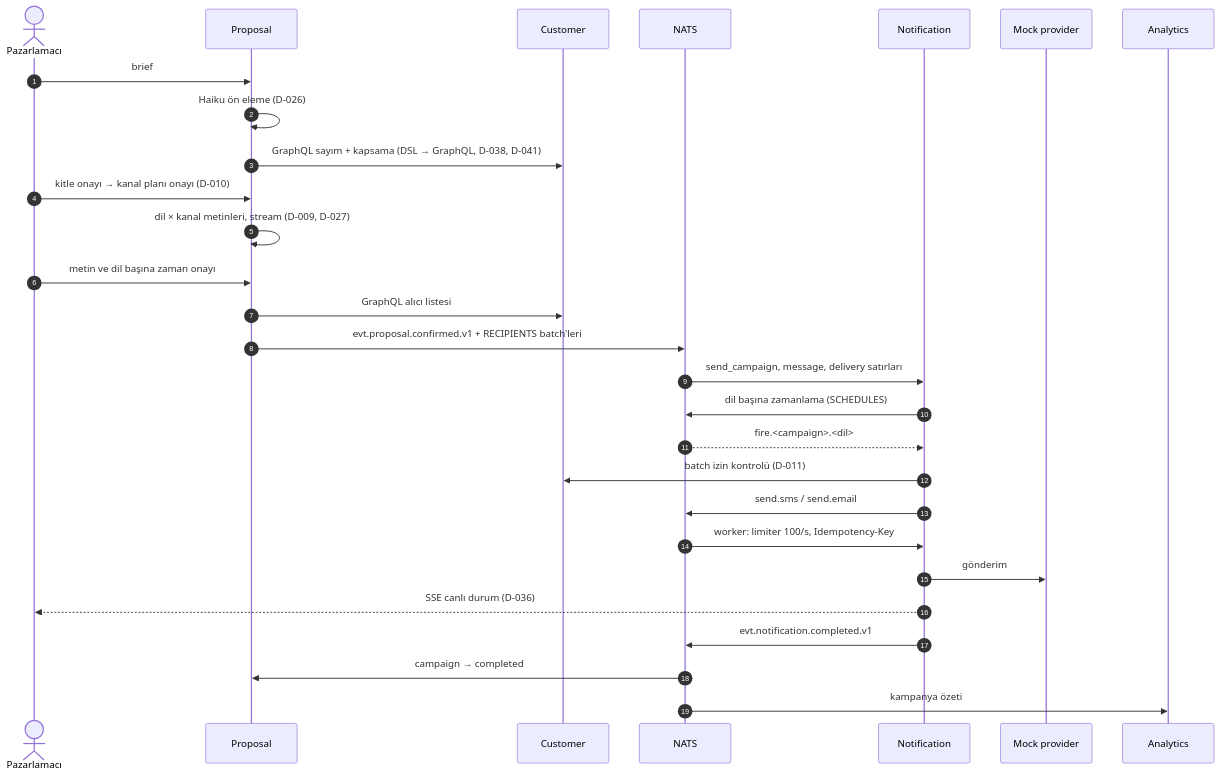
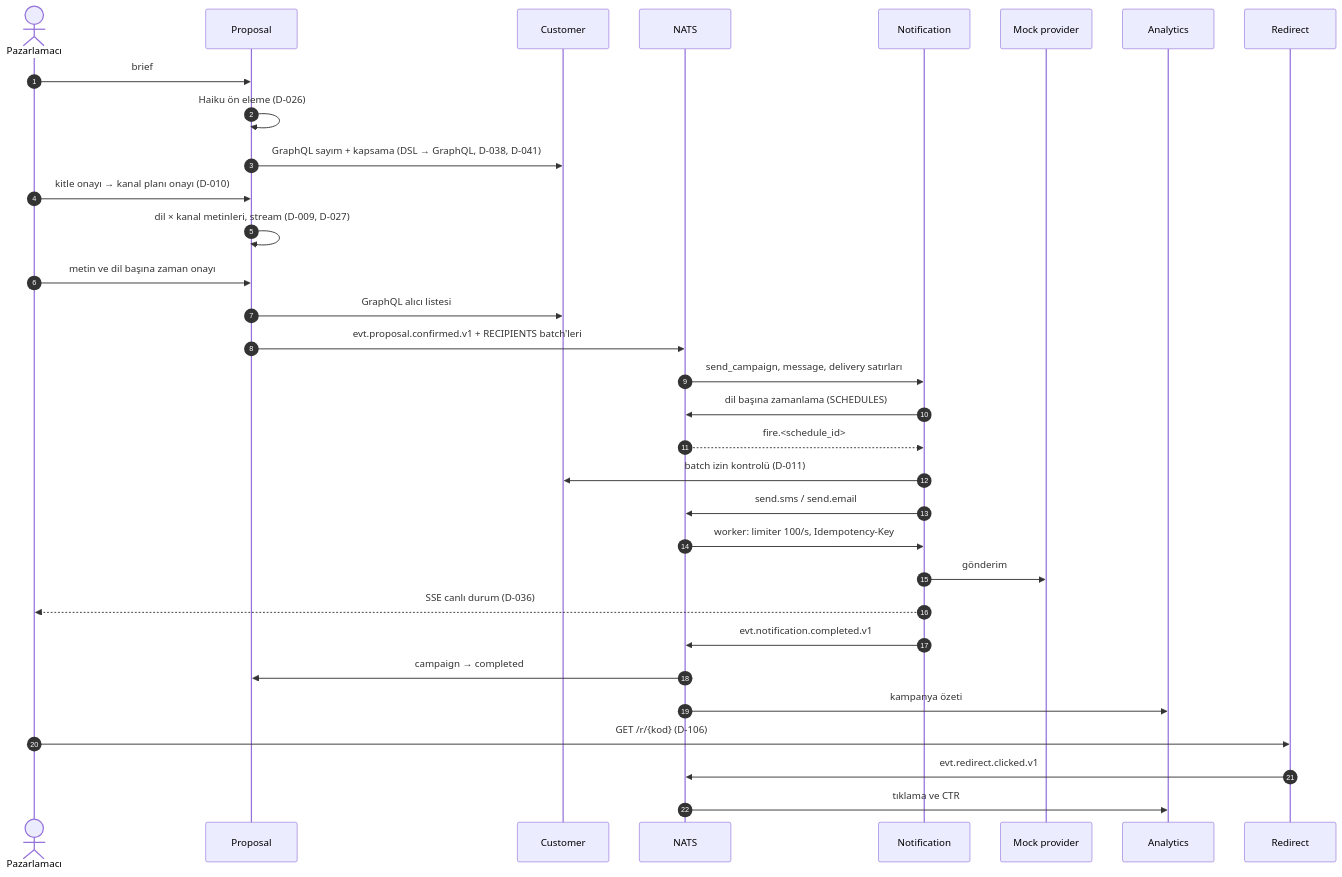
The eighth of 8 diagrams in docs/domain-model.md (furknozg/coldbru), drawn with Mermaid before and after one commit. The commit also changed other lines of this file and 47 other files, not shown here.

````diff
--- a/docs/domain-model.md
+++ b/docs/domain-model.md
@@ -396,31 +404,35 @@
 ```mermaid
 sequenceDiagram
     autonumber
     actor U as Pazarlamacı
     participant P as Proposal
     participant C as Customer
     participant Q as NATS
     participant N as Notification
     participant M as Mock provider
     participant A as Analytics
+    participant R as Redirect
 
     U->>P: brief
     P->>P: Haiku ön eleme (D-026)
     P->>C: GraphQL sayım + kapsama (DSL → GraphQL, D-038, D-041)
     U->>P: kitle onayı → kanal planı onayı (D-010)
     P->>P: dil × kanal metinleri, stream (D-009, D-027)
     U->>P: metin ve dil başına zaman onayı
     P->>C: GraphQL alıcı listesi
     P->>Q: evt.proposal.confirmed.v1 + RECIPIENTS batch'leri
     Q->>N: send_campaign, message, delivery satırları
     N->>Q: dil başına zamanlama (SCHEDULES)
-    Q-->>N: fire.<campaign>.<dil>
+    Q-->>N: fire.<schedule_id>
     N->>C: batch izin kontrolü (D-011)
     N->>Q: send.sms / send.email
     Q->>N: worker: limiter 100/s, Idempotency-Key
     N->>M: gönderim
     N-->>U: SSE canlı durum (D-036)
     N->>Q: evt.notification.completed.v1
     Q->>P: campaign → completed
     Q->>A: kampanya özeti
+    U->>R: GET /r/{kod} (D-106)
+    R->>Q: evt.redirect.clicked.v1
+    Q->>A: tıklama ve CTR
 ```
````
